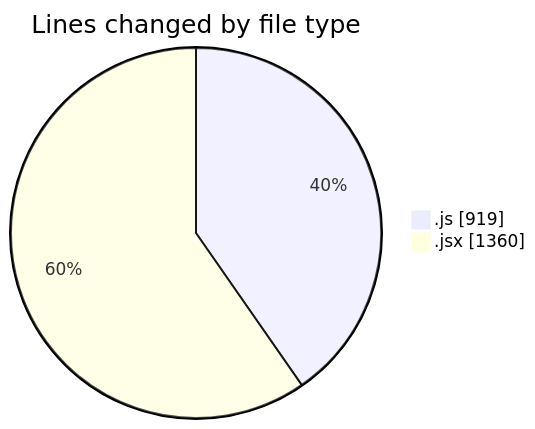
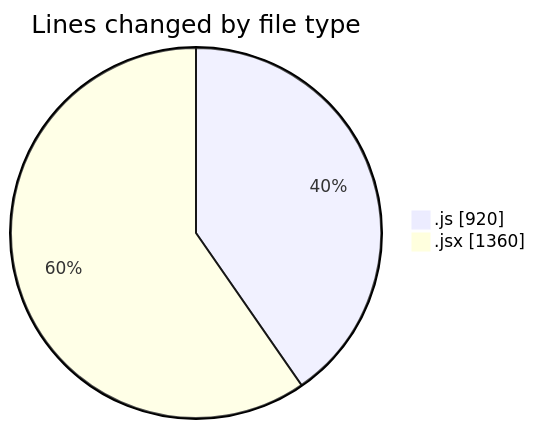
One commit to nxtqubesakshisongat/code-tracking changed the first of 2 diagrams in 2025-07-23/nxtqube_webapp/README.md. Above: the diagram before and after it, drawn with Mermaid. The commit also changed other lines of this file and 1 other file, not shown here.

````diff
--- a/2025-07-23/nxtqube_webapp/README.md
+++ b/2025-07-23/nxtqube_webapp/README.md
@@ -21,6 +22,6 @@
 ```mermaid
 pie showData
 title Lines changed by file type
-".js" : 919
+".js" : 920
 ".jsx" : 1360
 ```
````
